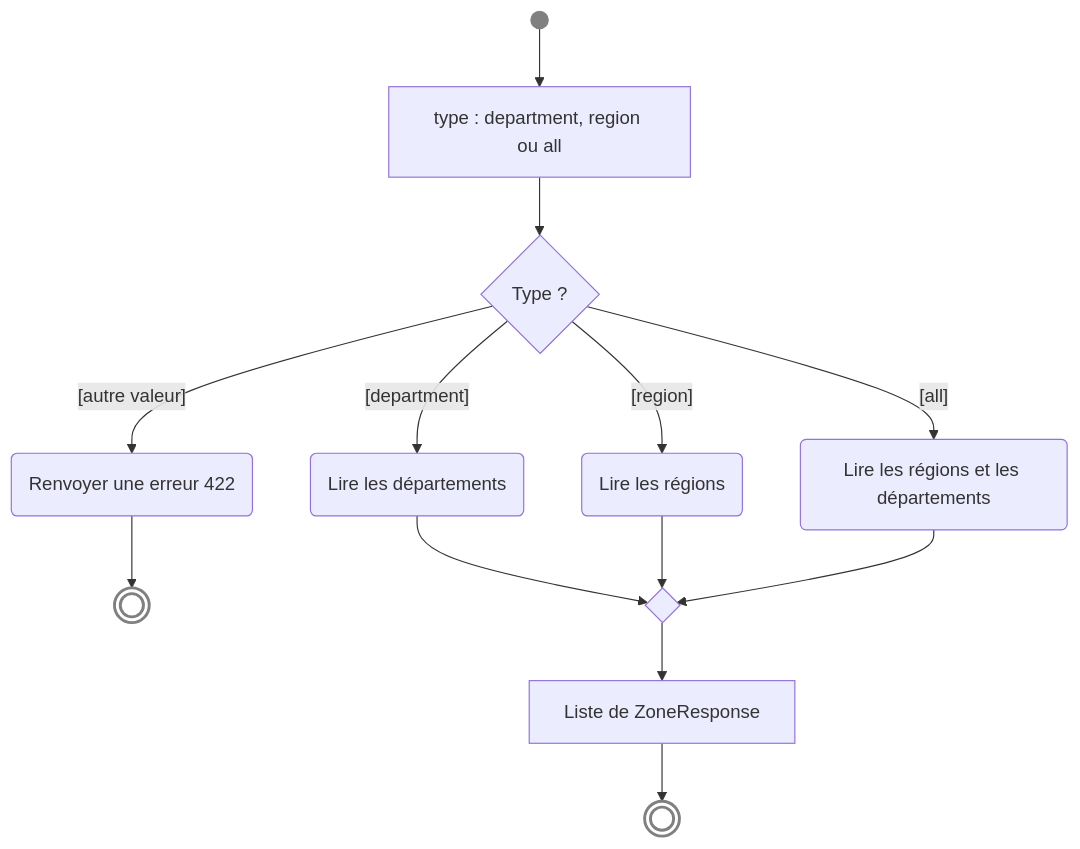
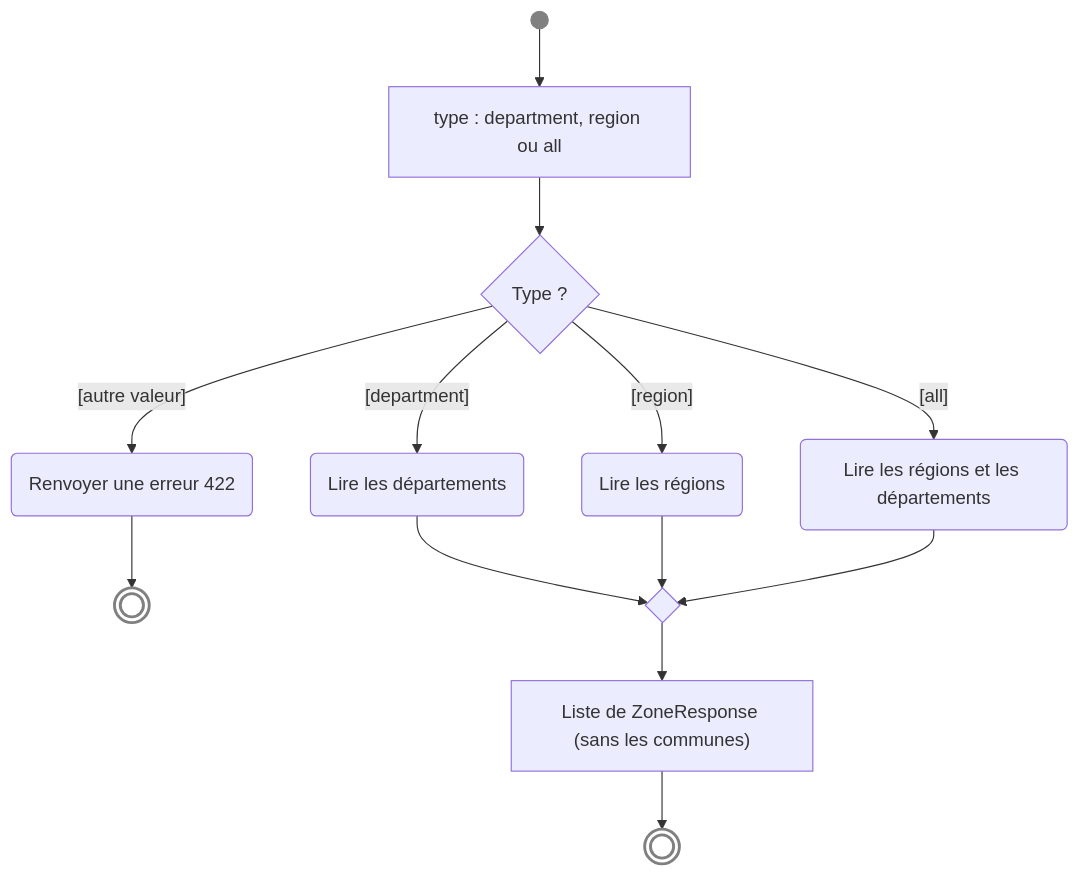
Diagram 14 of 16 in doc/new_diagram.md (gabriel-dahan/ensai-it-project-2a-team12), drawn with Mermaid before and after one commit. The commit also changed other lines of this file and 54 other files, not shown here.

First line of the commit message:
Implement DJU API according to new_diagram.md

````diff
--- a/doc/new_diagram.md
+++ b/doc/new_diagram.md
@@ -922,20 +888,20 @@
 ```mermaid
 flowchart TD
     debut((" ")) --> in["type : department, region ou all"]
     in --> d1{"Type ?"}
     d1 -->|"[department]"| a1("Lire les départements")
     d1 -->|"[region]"| a2("Lire les régions")
     d1 -->|"[all]"| a3("Lire les régions et les départements")
     d1 -->|"[autre valeur]"| e1("Renvoyer une erreur 422")
     e1 --> f1(((" ")))
     a1 --> m1{" "}
     a2 --> m1
     a3 --> m1
-    m1 --> out["Liste de ZoneResponse"]
+    m1 --> out["Liste de ZoneResponse (sans les communes)"]
     out --> fin(((" ")))
 
     classDef initial fill:#808080,stroke:#808080
     classDef final fill:none,stroke:#808080,stroke-width:2.5px
     class debut initial
     class fin,f1 final
 ```
````
